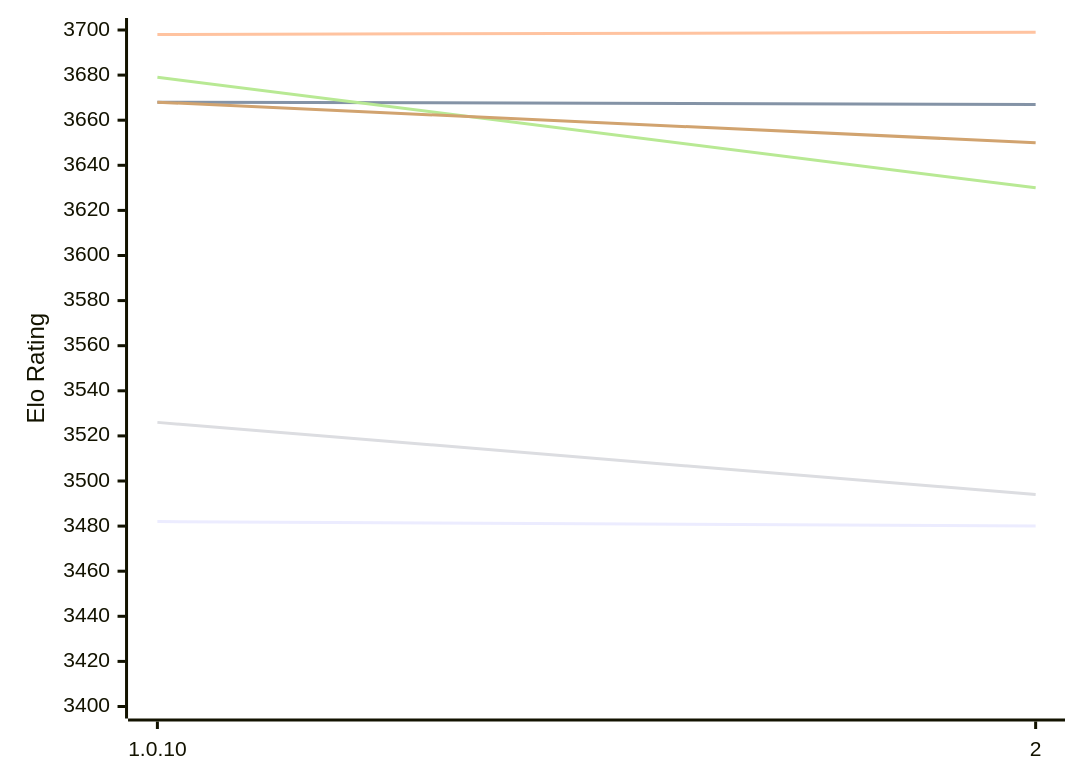
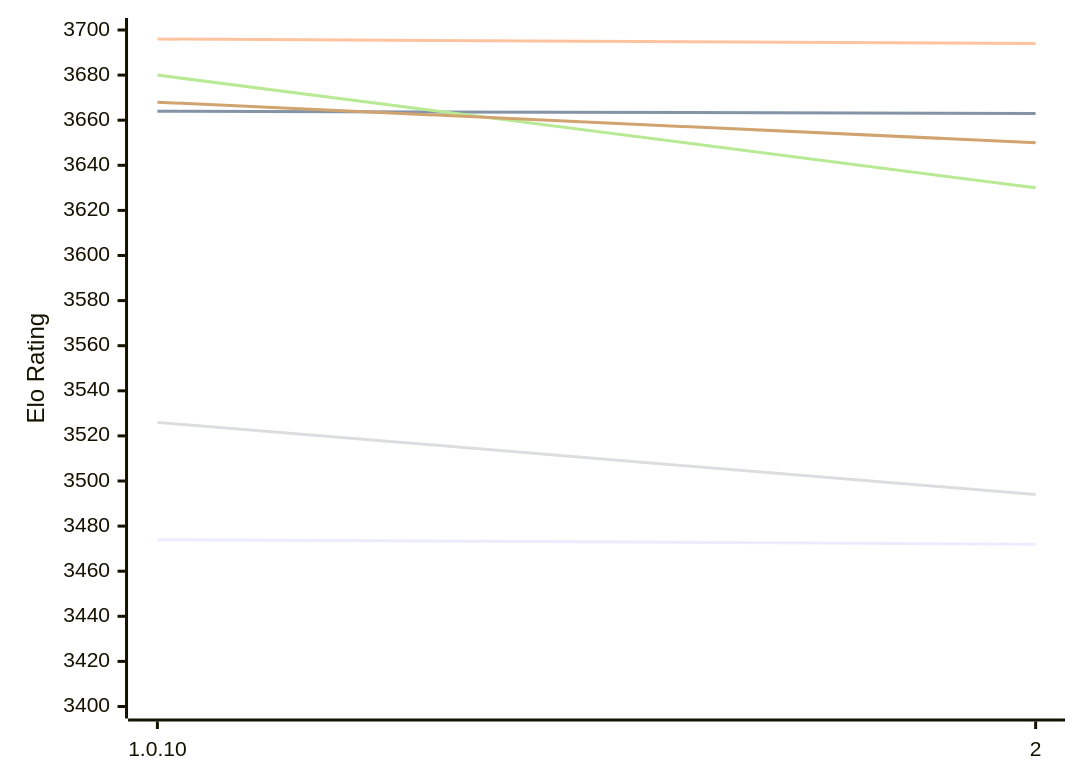
One commit to computer-chess-index/cci changed the diagram in engines/8Chess.md. Above: the diagram before and after it, drawn with Mermaid. The commit also changed other lines of this file, not shown here.

Commit message:
Update CCI Ratings (ELO VLTC) - 2026-11-26

````diff
--- a/engines/8Chess.md
+++ b/engines/8Chess.md
@@ -49,12 +49,12 @@
 ```mermaid
 %%{init: {"theme":"base","themeVariables":{"seriesColors:['#a3a3a3','#222221','#faa371']}}}%%
 xychart-beta
   x-axis ["1.0.10", "2"]
   y-axis "Elo Rating" 3400 --> 3700
-  line "E1: STC (8.0+0.08s)" [3482, 3480]
-  line "E1: LTC (60.0+0.60s)" [3668, 3667]
-  line "E1: VLTC (2m24s+1.12s)" [3698, 3699]
+  line "E1: STC (8.0+0.08s)" [3474, 3472]
+  line "E1: LTC (60.0+0.60s)" [3664, 3663]
+  line "E1: VLTC (2m24s+1.12s)" [3696, 3694]
   line "P1: STC (8.0+0.08s)" [3526, 3494]
-  line "P1: LTC (60.0+0.60s)" [3679, 3630]
+  line "P1: LTC (60.0+0.60s)" [3680, 3630]
   line "P1: VLTC (2m24s+1.12s)" [3668, 3650]
 ```
````
